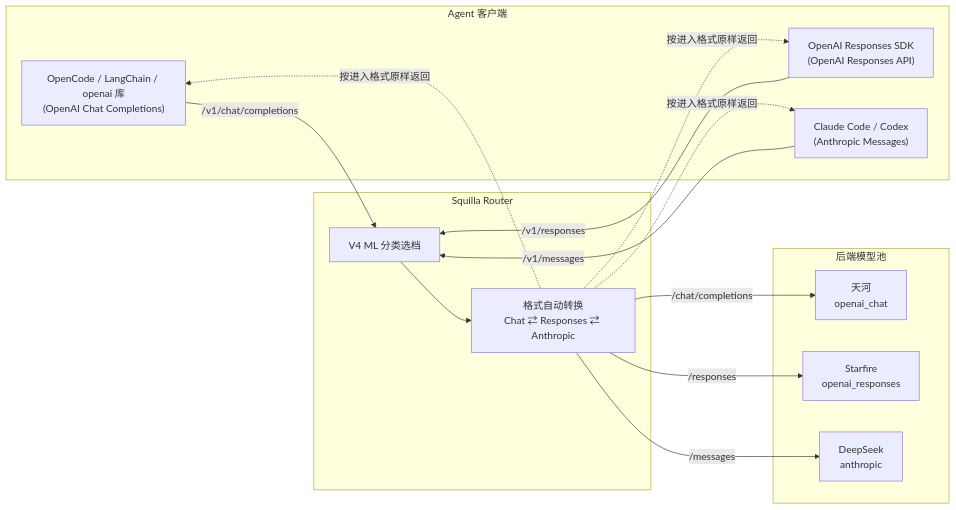
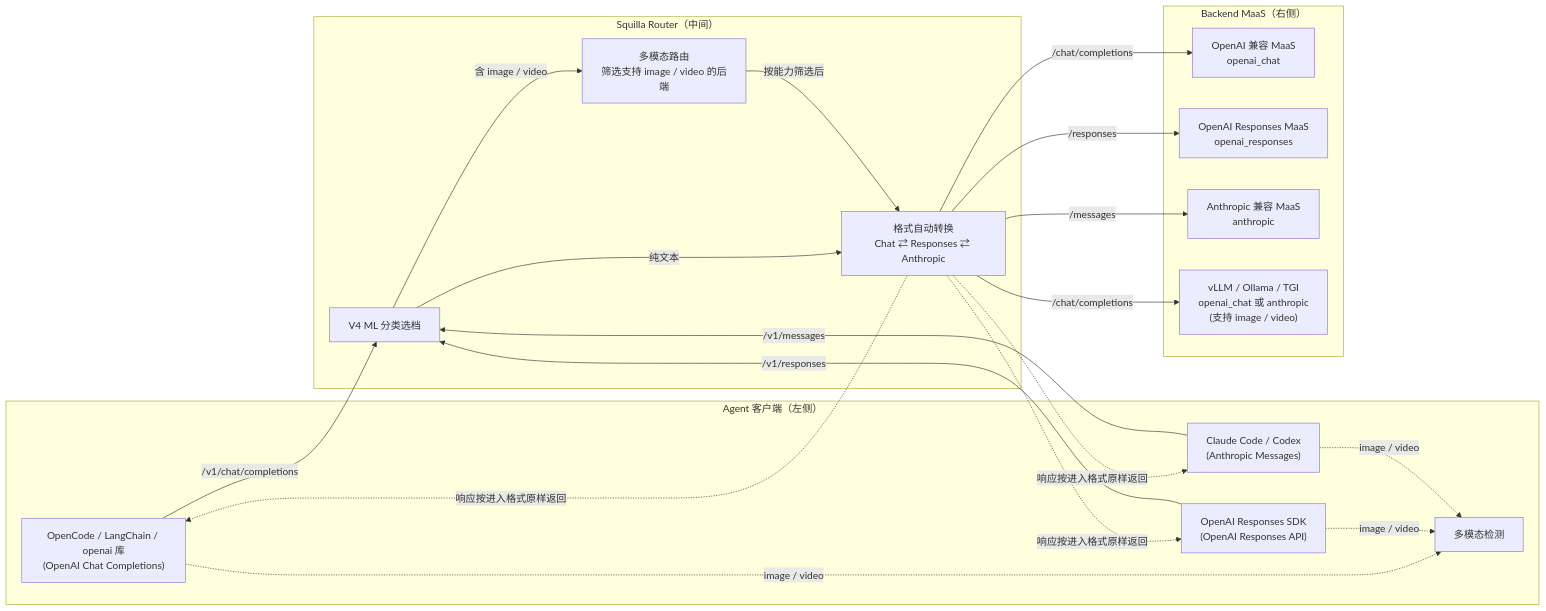
Before and after one commit to skyrover001/squilla-api-router: the diagram in README.md, drawn with Mermaid. The commit also changed other lines of this file, not shown here.

First line of the commit message:
Update README: generic MaaS diagram, multimodal flow, new tier models

````diff
--- a/README.md
+++ b/README.md
@@ -36,30 +36,38 @@
 ```mermaid
 graph LR
-    subgraph Agents["Agent 客户端"]
+    subgraph Agents["Agent 客户端（左侧）"]
         A1["OpenCode / LangChain / openai 库<br/>(OpenAI Chat Completions)"]
         A2["OpenAI Responses SDK<br/>(OpenAI Responses API)"]
         A3["Claude Code / Codex<br/>(Anthropic Messages)"]
+        A1 -.->|"image / video"| A1M["多模态检测"]
+        A2 -.->|"image / video"| A1M
+        A3 -.->|"image / video"| A1M
     end
 
-    subgraph Router["Squilla Router"]
+    subgraph Router["Squilla Router（中间）"]
         R["V4 ML 分类选档"]
+        M["多模态路由<br/>筛选支持 image / video 的后端"]
         TR["格式自动转换<br/>Chat ⇄ Responses ⇄ Anthropic"]
     end
 
-    subgraph Backends["后端模型池"]
-        B1["天河<br/>openai_chat"]
-        B2["Starfire<br/>openai_responses"]
-        B3["DeepSeek<br/>anthropic"]
+    subgraph Backends["Backend MaaS（右侧）"]
+        B1["OpenAI 兼容 MaaS<br/>openai_chat"]
+        B2["OpenAI Responses MaaS<br/>openai_responses"]
+        B3["Anthropic 兼容 MaaS<br/>anthropic"]
+        B4["vLLM / Ollama / TGI<br/>openai_chat 或 anthropic<br/>(支持 image / video)"]
     end
 
     A1 -->|"/v1/chat/completions"| R
     A2 -->|"/v1/responses"| R
     A3 -->|"/v1/messages"| R
-    R --> TR
+    R -->|"纯文本"| TR
+    R -->|"含 image / video"| M
+    M -->|"按能力筛选后"| TR
     TR -->|"/chat/completions"| B1
     TR -->|"/responses"| B2
     TR -->|"/messages"| B3
-    TR -.->|"按进入格式原样返回"| A1
-    TR -.->|"按进入格式原样返回"| A2
-    TR -.->|"按进入格式原样返回"| A3
+    TR -->|"/chat/completions"| B4
+    TR -.->|"响应按进入格式原样返回"| A1
+    TR -.->|"响应按进入格式原样返回"| A2
+    TR -.->|"响应按进入格式原样返回"| A3
 ```
````
